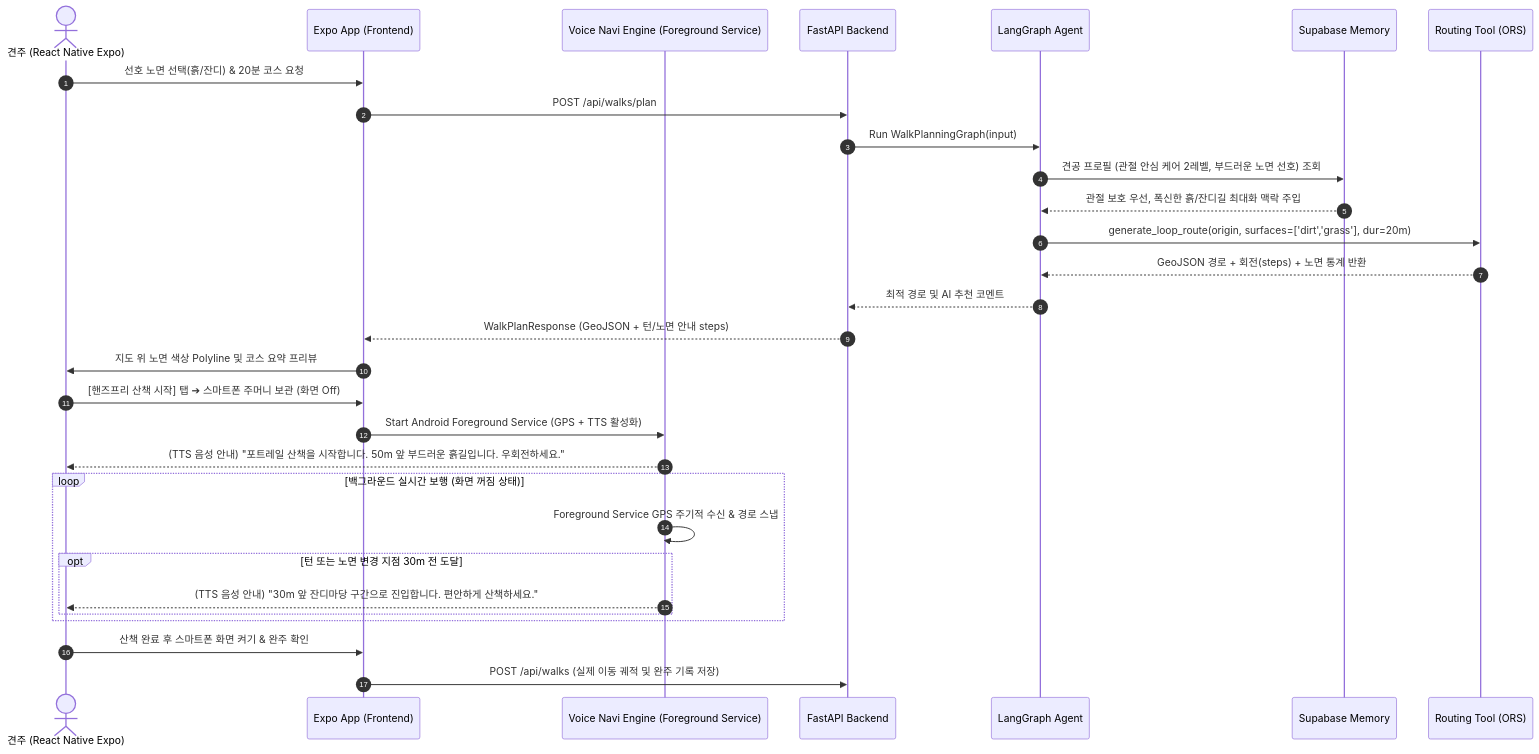
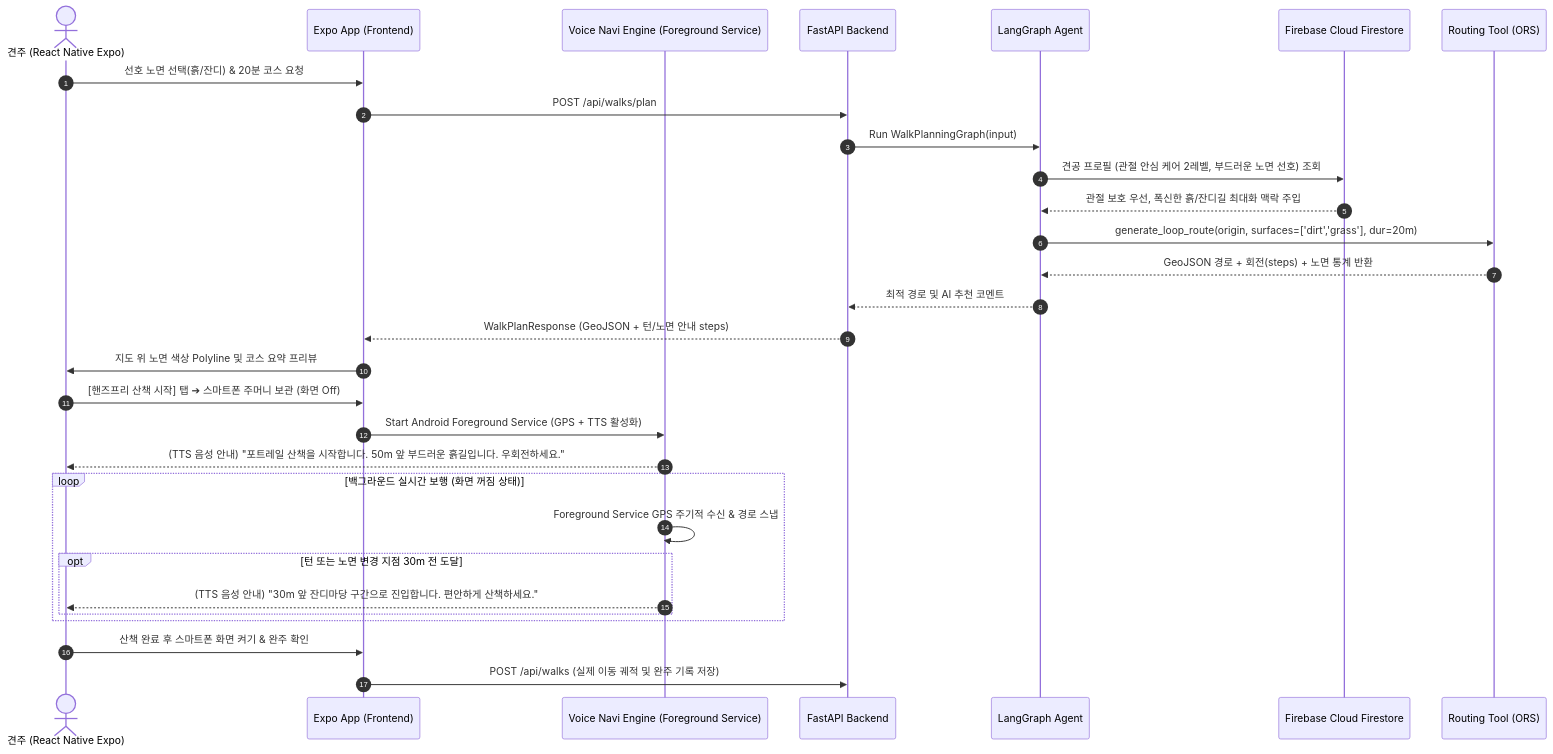
The fourth of 6 diagrams in docs/04_PawTrail_Architecture_Design.md (gigantess/PawTrail), drawn with Mermaid before and after one commit. The commit also changed other lines of this file and 6 other files, not shown here.

````diff
--- a/docs/04_PawTrail_Architecture_Design.md
+++ b/docs/04_PawTrail_Architecture_Design.md
@@ -334,36 +404,36 @@
 ```mermaid
 sequenceDiagram
     autonumber
     actor User as 견주 (React Native Expo)
     participant Front as Expo App (Frontend)
     participant Navi as Voice Navi Engine (Foreground Service)
     participant API as FastAPI Backend
     participant Agent as LangGraph Agent
-    participant Mem as Supabase Memory
+    participant Mem as Firebase Cloud Firestore
     participant RouterTool as Routing Tool (ORS)
 
     User->>Front: 선호 노면 선택(흙/잔디) & 20분 코스 요청
     Front->>API: POST /api/walks/plan
     API->>Agent: Run WalkPlanningGraph(input)
     Agent->>Mem: 견공 프로필 (관절 안심 케어 2레벨, 부드러운 노면 선호) 조회
     Mem-->>Agent: 관절 보호 우선, 폭신한 흙/잔디길 최대화 맥락 주입
     Agent->>RouterTool: generate_loop_route(origin, surfaces=['dirt','grass'], dur=20m)
     RouterTool-->>Agent: GeoJSON 경로 + 회전(steps) + 노면 통계 반환
     Agent-->>API: 최적 경로 및 AI 추천 코멘트
     API-->>Front: WalkPlanResponse (GeoJSON + 턴/노면 안내 steps)
     Front->>User: 지도 위 노면 색상 Polyline 및 코스 요약 프리뷰
     
     User->>Front: [핸즈프리 산책 시작] 탭 ➔ 스마트폰 주머니 보관 (화면 Off)
     Front->>Navi: Start Android Foreground Service (GPS + TTS 활성화)
     Navi-->>User: (TTS 음성 안내) "포트레일 산책을 시작합니다. 50m 앞 부드러운 흙길입니다. 우회전하세요."
     
     loop 백그라운드 실시간 보행 (화면 꺼짐 상태)
         Navi->>Navi: Foreground Service GPS 주기적 수신 & 경로 스냅
         opt 턴 또는 노면 변경 지점 30m 전 도달
             Navi-->>User: (TTS 음성 안내) "30m 앞 잔디마당 구간으로 진입합니다. 편안하게 산책하세요."
         end
     end
 
     User->>Front: 산책 완료 후 스마트폰 화면 켜기 & 완주 확인
     Front->>API: POST /api/walks (실제 이동 궤적 및 완주 기록 저장)
 ```
````
